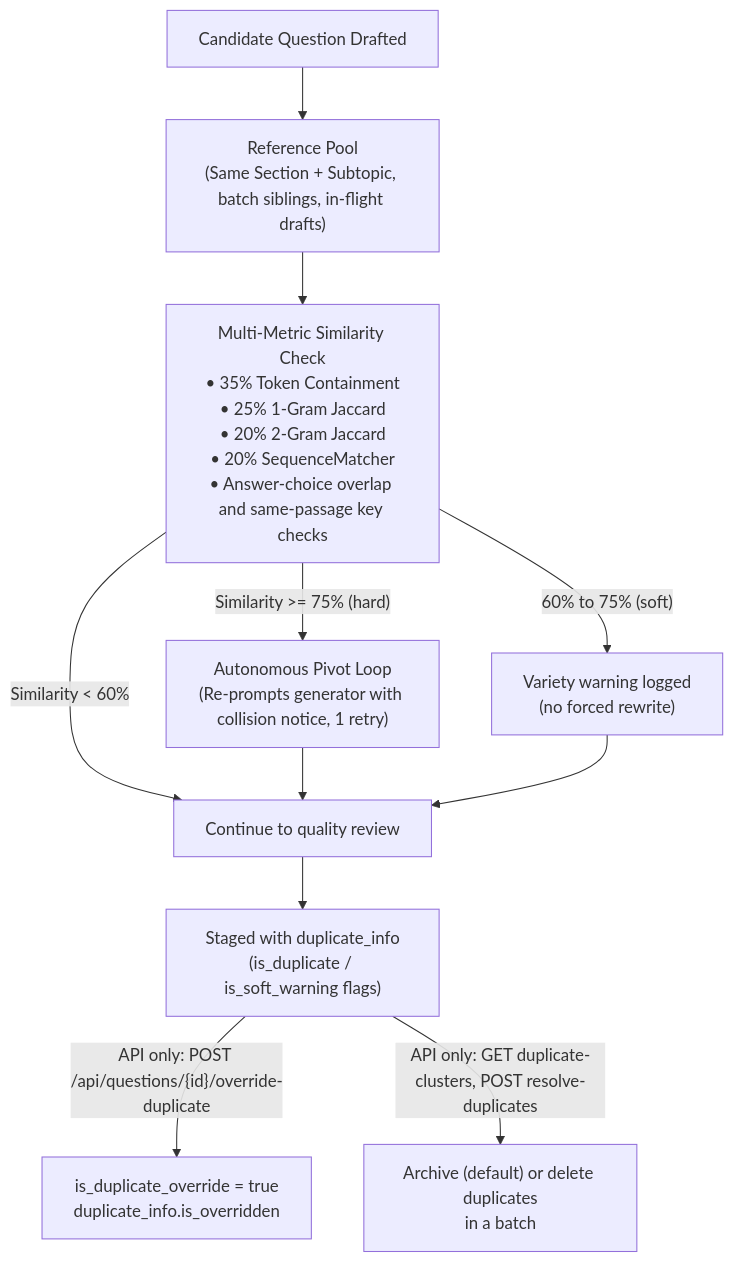
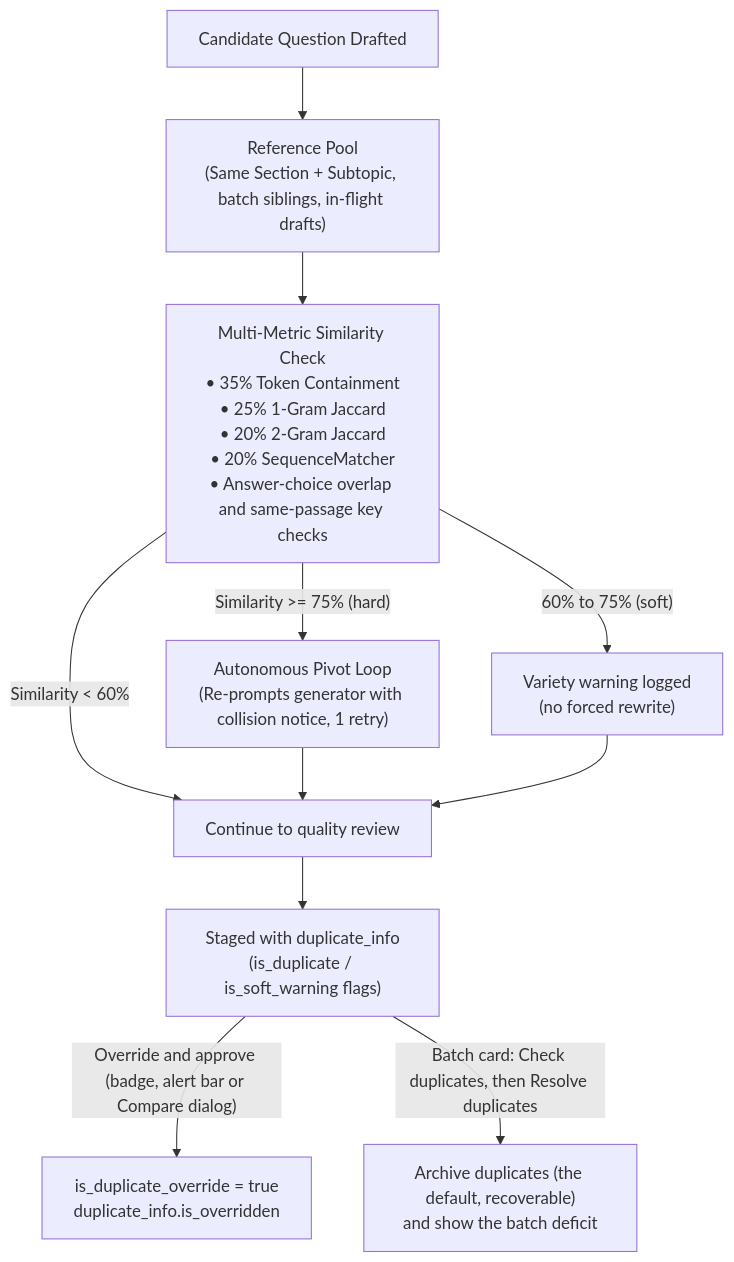
Before and after one commit to VishwamPatel-Infynno/Question-Bank-Generator: the fourth of 6 diagrams in docs/CLIENT_SYSTEM_AND_WORKFLOW_GUIDE.md, drawn with Mermaid. The commit also changed other lines of this file and 118 other files, not shown here.

First line of the commit message:
feat: duplicate detection audit & override system, pagination guards, a11y & docs sync

````diff
--- a/docs/CLIENT_SYSTEM_AND_WORKFLOW_GUIDE.md
+++ b/docs/CLIENT_SYSTEM_AND_WORKFLOW_GUIDE.md
@@ -270,15 +270,15 @@
 ```mermaid
 flowchart TD
     Candidate["Candidate Question Drafted"] --> ScopedPool["Reference Pool<br/>(Same Section + Subtopic, batch siblings, in-flight drafts)"]
     ScopedPool --> MathCheck["Multi-Metric Similarity Check<br/>• 35% Token Containment<br/>• 25% 1-Gram Jaccard<br/>• 20% 2-Gram Jaccard<br/>• 20% SequenceMatcher<br/>• Answer-choice overlap and same-passage key checks"]
 
     MathCheck -->|"Similarity >= 75% (hard)"| Pivot["Autonomous Pivot Loop<br/>(Re-prompts generator with collision notice, 1 retry)"]
     MathCheck -->|"60% to 75% (soft)"| Warn["Variety warning logged<br/>(no forced rewrite)"]
     MathCheck -->|"Similarity < 60%"| Continue["Continue to quality review"]
     Pivot --> Continue
     Warn --> Continue
 
     Continue --> Flags["Staged with duplicate_info<br/>(is_duplicate / is_soft_warning flags)"]
-    Flags -->|"API only: POST /api/questions/{id}/override-duplicate"| Override["is_duplicate_override = true<br/>duplicate_info.is_overridden"]
-    Flags -->|"API only: GET duplicate-clusters, POST resolve-duplicates"| Resolve["Archive (default) or delete duplicates<br/>in a batch"]
+    Flags -->|"Override and approve (badge, alert bar or Compare dialog)"| Override["is_duplicate_override = true<br/>duplicate_info.is_overridden"]
+    Flags -->|"Batch card: Check duplicates, then Resolve duplicates"| Resolve["Archive duplicates (the default, recoverable)<br/>and show the batch deficit"]
 ```
````
